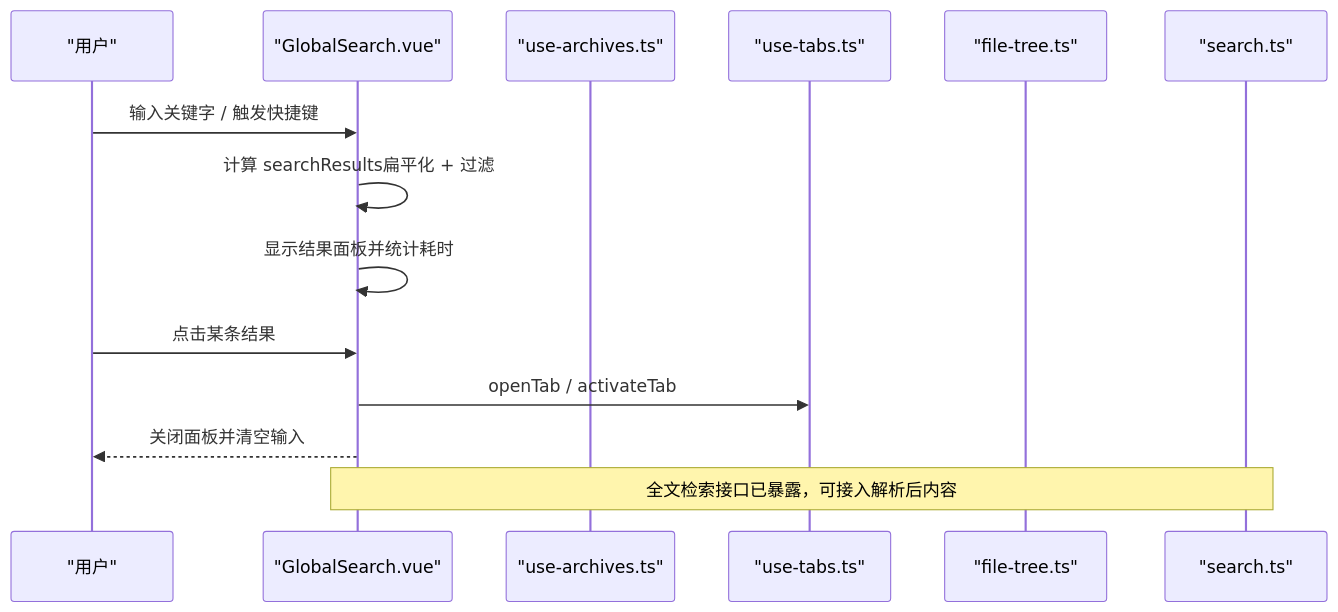
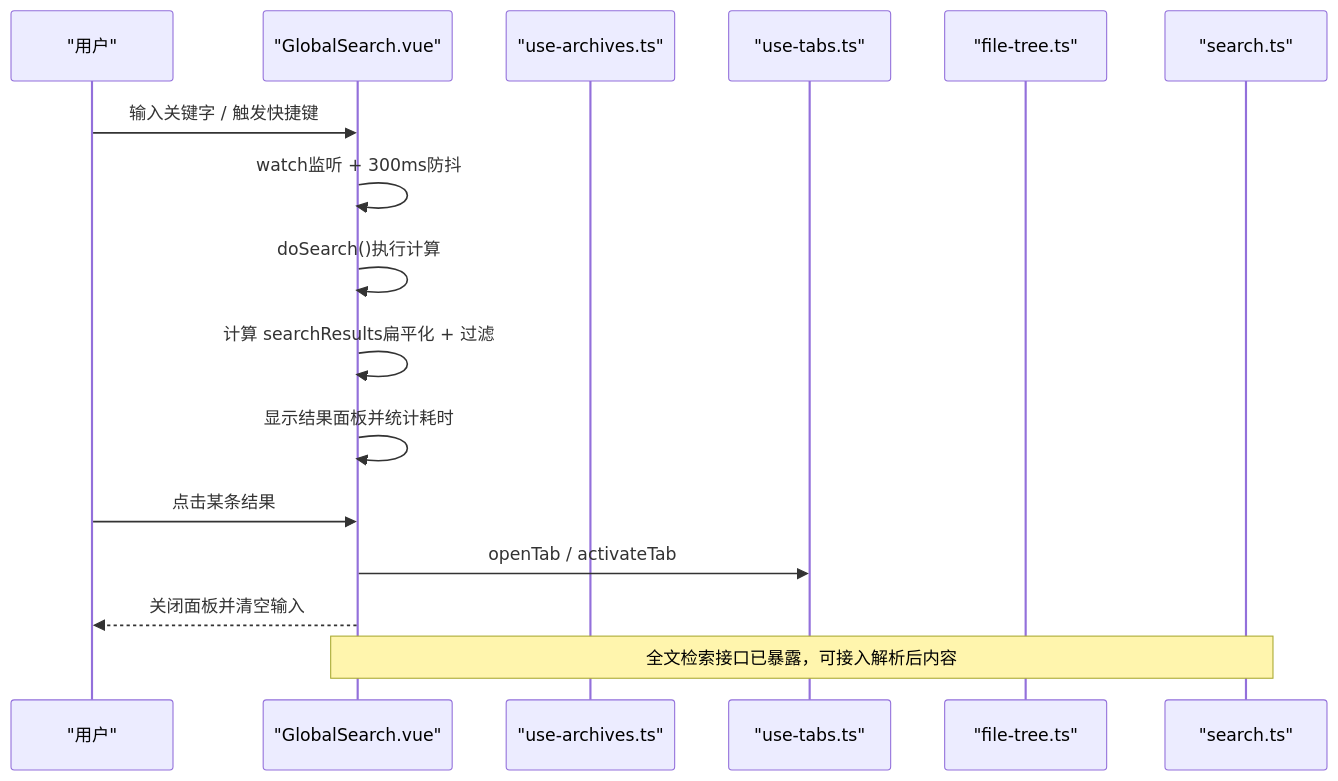
Before and after one commit to taoweidong/Hello-Tauri: the second of 5 diagrams in .qoder/repowiki/zh/content/用户界面/全局搜索增强功能.md, drawn with Mermaid. The commit also changed other lines of this file and 32 other files, not shown here.

````diff
--- a/.qoder/repowiki/zh/content/用户界面/全局搜索增强功能.md
+++ b/.qoder/repowiki/zh/content/用户界面/全局搜索增强功能.md
@@ -109,16 +117,18 @@
 ```mermaid
 sequenceDiagram
 participant User as "用户"
 participant UI as "GlobalSearch.vue"
 participant Archives as "use-archives.ts"
 participant Tabs as "use-tabs.ts"
 participant Tree as "file-tree.ts"
 participant Core as "search.ts"
 User->>UI : 输入关键字 / 触发快捷键
+UI->>UI : watch监听 + 300ms防抖
+UI->>UI : doSearch()执行计算
 UI->>UI : 计算 searchResults扁平化 + 过滤
 UI->>UI : 显示结果面板并统计耗时
 User->>UI : 点击某条结果
 UI->>Tabs : openTab / activateTab
 UI-->>User : 关闭面板并清空输入
 Note over UI,Core : 全文检索接口已暴露，可接入解析后内容
 ```
````
